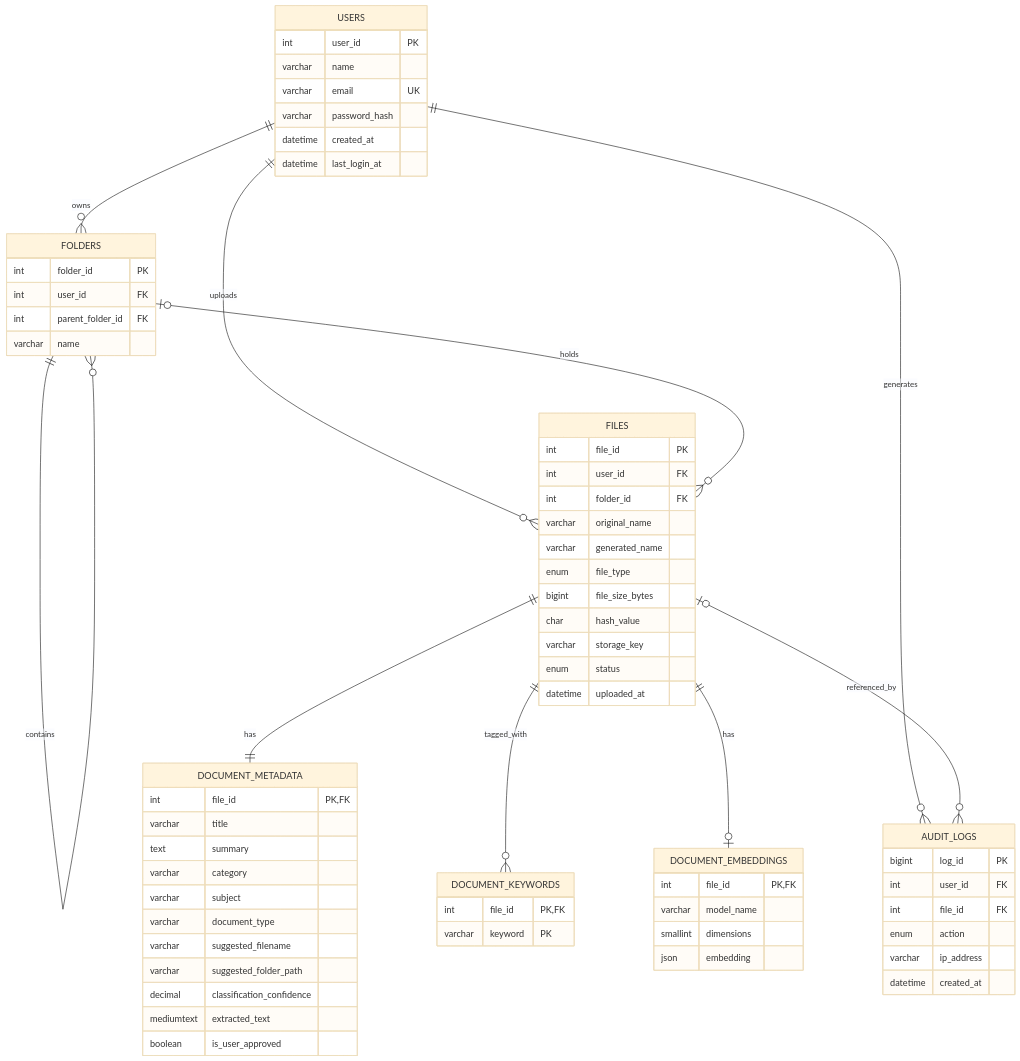
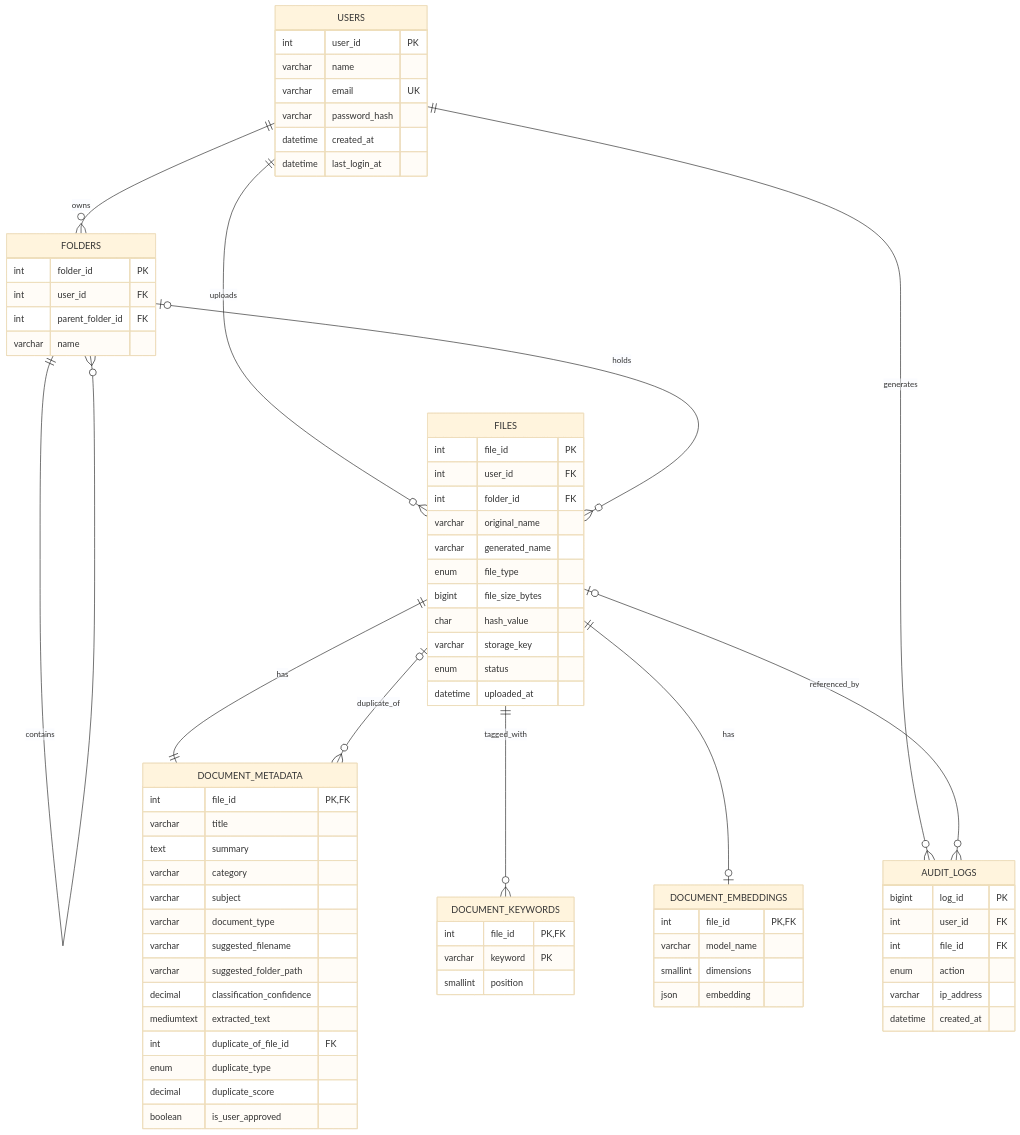
The diagram in docs/05-database-design.md (SebagatSelim/fileai), drawn with Mermaid (base theme) before and after one commit. The commit also changed other lines of this file and 12 other files, not shown here.

````diff
--- a/docs/05-database-design.md
+++ b/docs/05-database-design.md
@@ -24,71 +24,76 @@
 ```mermaid
 erDiagram
     USERS ||--o{ FOLDERS : owns
     USERS ||--o{ FILES : uploads
     USERS ||--o{ AUDIT_LOGS : generates
     FOLDERS ||--o{ FOLDERS : contains
     FOLDERS |o--o{ FILES : holds
     FILES ||--|| DOCUMENT_METADATA : has
+    FILES |o--o{ DOCUMENT_METADATA : duplicate_of
     FILES ||--o{ DOCUMENT_KEYWORDS : tagged_with
     FILES ||--o| DOCUMENT_EMBEDDINGS : has
     FILES |o--o{ AUDIT_LOGS : referenced_by
 
     USERS {
         int user_id PK
         varchar name
         varchar email UK
         varchar password_hash
         datetime created_at
         datetime last_login_at
     }
     FOLDERS {
         int folder_id PK
         int user_id FK
         int parent_folder_id FK
         varchar name
     }
     FILES {
         int file_id PK
         int user_id FK
         int folder_id FK
         varchar original_name
         varchar generated_name
         enum file_type
         bigint file_size_bytes
         char hash_value
         varchar storage_key
         enum status
         datetime uploaded_at
     }
     DOCUMENT_METADATA {
         int file_id PK, FK
         varchar title
         text summary
         varchar category
         varchar subject
         varchar document_type
         varchar suggested_filename
         varchar suggested_folder_path
         decimal classification_confidence
         mediumtext extracted_text
+        int duplicate_of_file_id FK
+        enum duplicate_type
+        decimal duplicate_score
         boolean is_user_approved
     }
     DOCUMENT_KEYWORDS {
         int file_id PK, FK
         varchar keyword PK
+        smallint position
     }
     DOCUMENT_EMBEDDINGS {
         int file_id PK, FK
         varchar model_name
         smallint dimensions
         json embedding
     }
     AUDIT_LOGS {
         bigint log_id PK
         int user_id FK
         int file_id FK
         enum action
         varchar ip_address
         datetime created_at
     }
 ```
````
